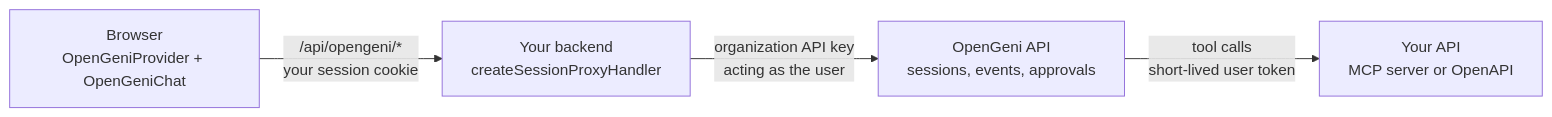
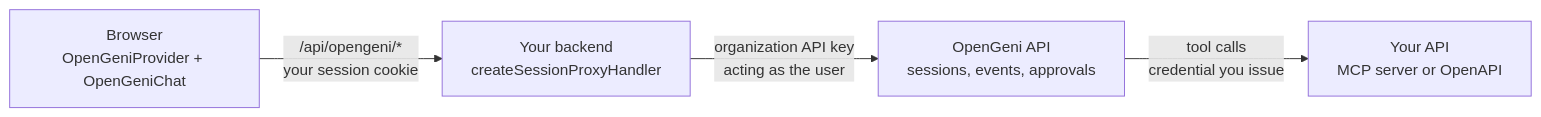
Before and after one commit to Cloudgeni-ai/opengeni: the diagram in docs-site/integrate/how-it-fits-together.mdx, drawn with Mermaid. The commit also changed other lines of this file and 27 other files, not shown here.

````diff
--- a/docs-site/integrate/how-it-fits-together.mdx
+++ b/docs-site/integrate/how-it-fits-together.mdx
@@ -9,10 +9,10 @@
 ```mermaid
 flowchart LR
   B["Browser<br/>OpenGeniProvider + OpenGeniChat"]
   P["Your backend<br/>createSessionProxyHandler"]
   O["OpenGeni API<br/>sessions, events, approvals"]
   T["Your API<br/>MCP server or OpenAPI"]
   B -- "/api/opengeni/*<br/>your session cookie" --> P
   P -- "organization API key<br/>acting as the user" --> O
-  O -- "tool calls<br/>short-lived user token" --> T
+  O -- "tool calls<br/>credential you issue" --> T
 ```
````
